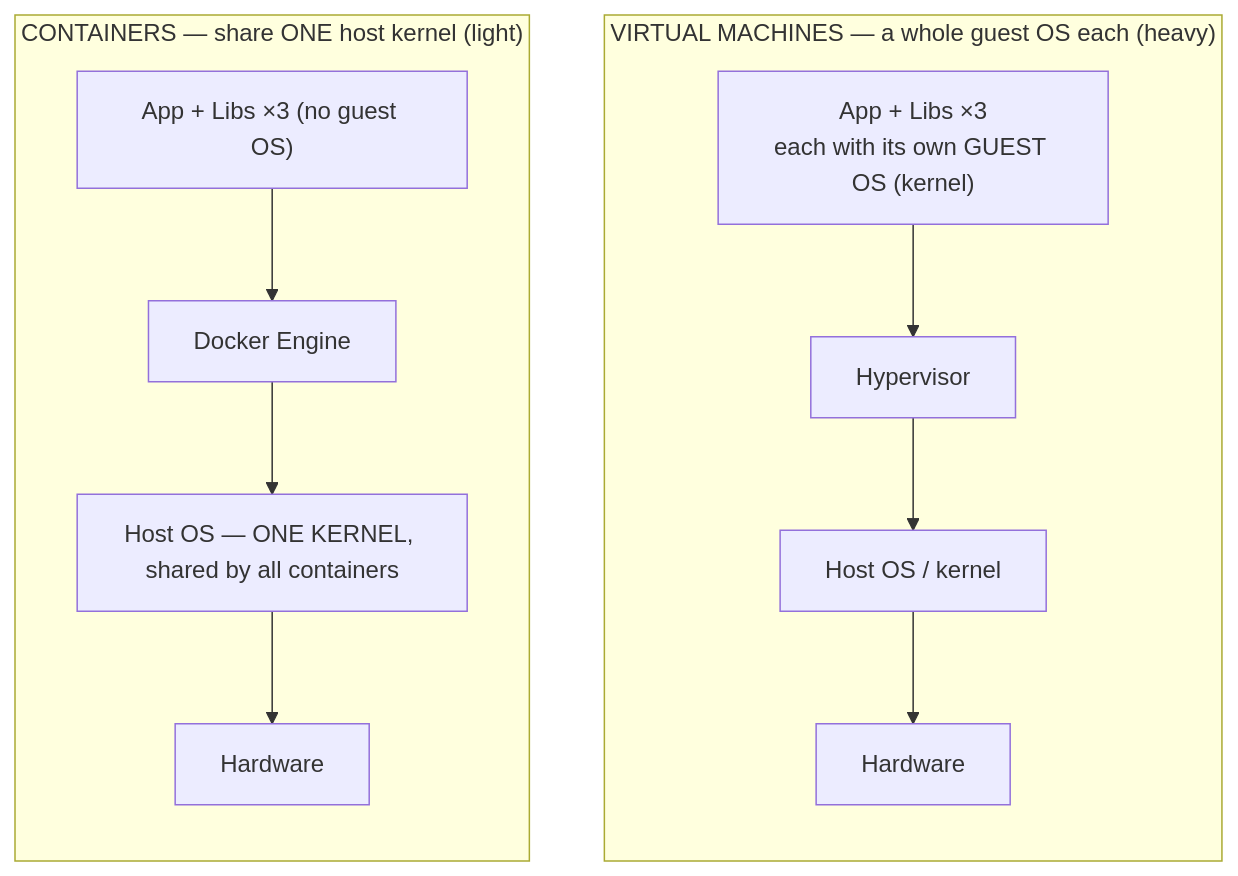
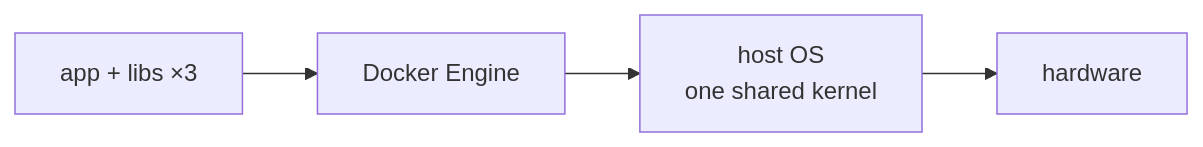
The third of 3 diagrams in guides/docker-without-the-magic/01-image-vs-container.md (Topurrra/themissingmanual), drawn with Mermaid before and after one commit. The commit also changed other lines of this file and 15 other files, not shown here.

Commit message:
fixed mermaid diagrams

````diff
--- a/guides/docker-without-the-magic/01-image-vs-container.md
+++ b/guides/docker-without-the-magic/01-image-vs-container.md
@@ -79,19 +81,4 @@
 ```mermaid
-flowchart TD
-  subgraph VM["VIRTUAL MACHINES — a whole guest OS each (heavy)"]
-    direction TB
-    VApps["App + Libs ×3<br/>each with its own GUEST OS (kernel)"]
-    Hyp["Hypervisor"]
-    VHost["Host OS / kernel"]
-    VHW["Hardware"]
-    VApps --> Hyp --> VHost --> VHW
-  end
-  subgraph CT["CONTAINERS — share ONE host kernel (light)"]
-    direction TB
-    CApps["App + Libs ×3 (no guest OS)"]
-    Eng["Docker Engine"]
-    CHost["Host OS — ONE KERNEL, shared by all containers"]
-    CHW["Hardware"]
-    CApps --> Eng --> CHost --> CHW
-  end
+flowchart LR
+  CApps["app + libs ×3"] --> Eng[Docker Engine] --> CHost["host OS<br/>one shared kernel"] --> CHW[hardware]
 ```
````
